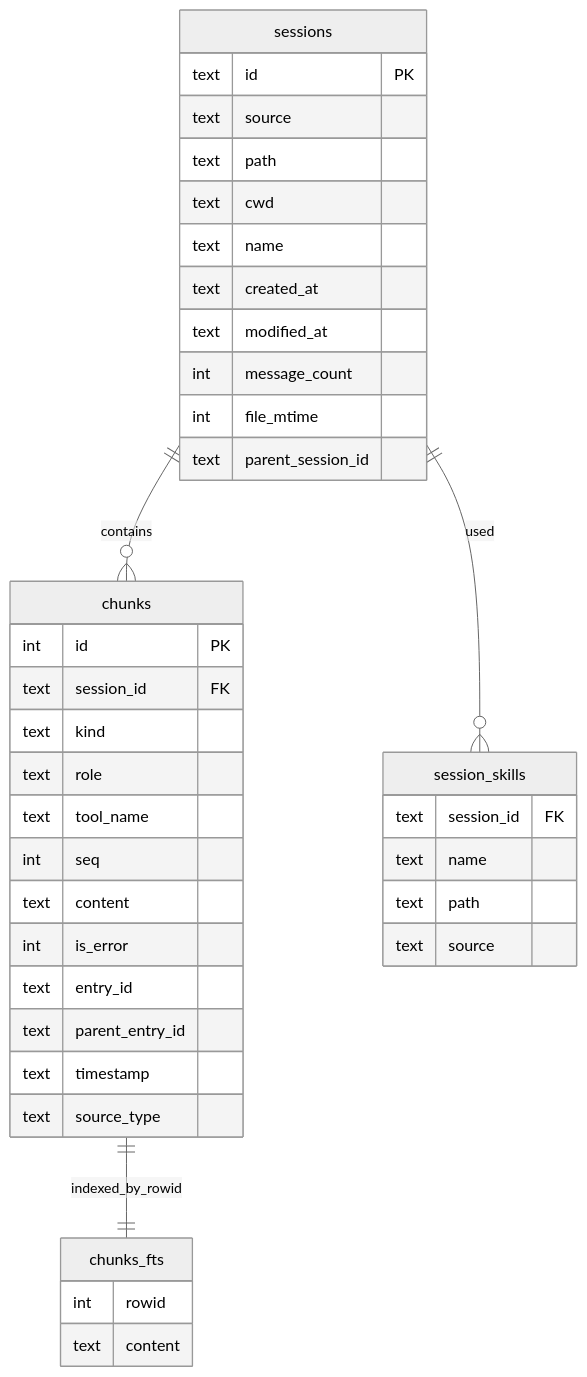
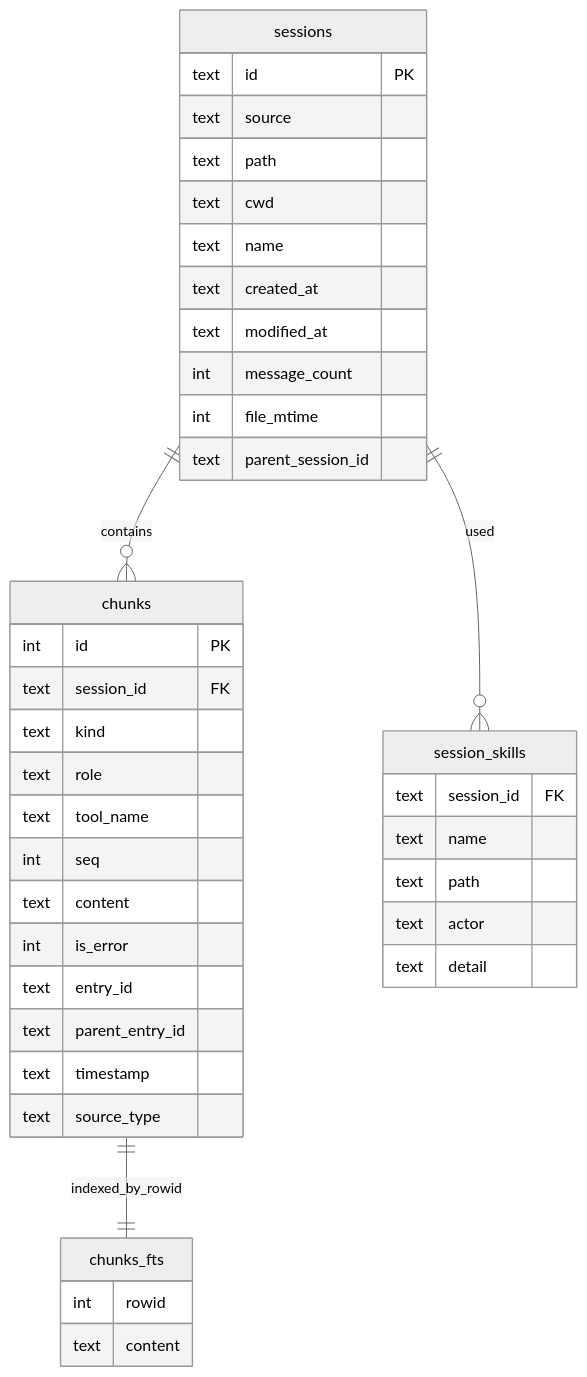
Before and after one commit to aliou/sesame: the second of 2 diagrams in docs/indexing.md, drawn with Mermaid (neutral theme). The commit also changed other lines of this file and 14 other files, not shown here.

````diff
--- a/docs/indexing.md
+++ b/docs/indexing.md
@@ -160,46 +163,47 @@
 ```mermaid
 erDiagram
   sessions ||--o{ chunks : contains
   sessions ||--o{ session_skills : used
   chunks ||--|| chunks_fts : indexed_by_rowid
 
   sessions {
     text id PK
     text source
     text path
     text cwd
     text name
     text created_at
     text modified_at
     int message_count
     int file_mtime
     text parent_session_id
   }
 
   chunks {
     int id PK
     text session_id FK
     text kind
     text role
     text tool_name
     int seq
     text content
     int is_error
     text entry_id
     text parent_entry_id
     text timestamp
     text source_type
   }
 
   session_skills {
     text session_id FK
     text name
     text path
-    text source
+    text actor
+    text detail
   }
 
   chunks_fts {
     int rowid
     text content
   }
 ```
````
